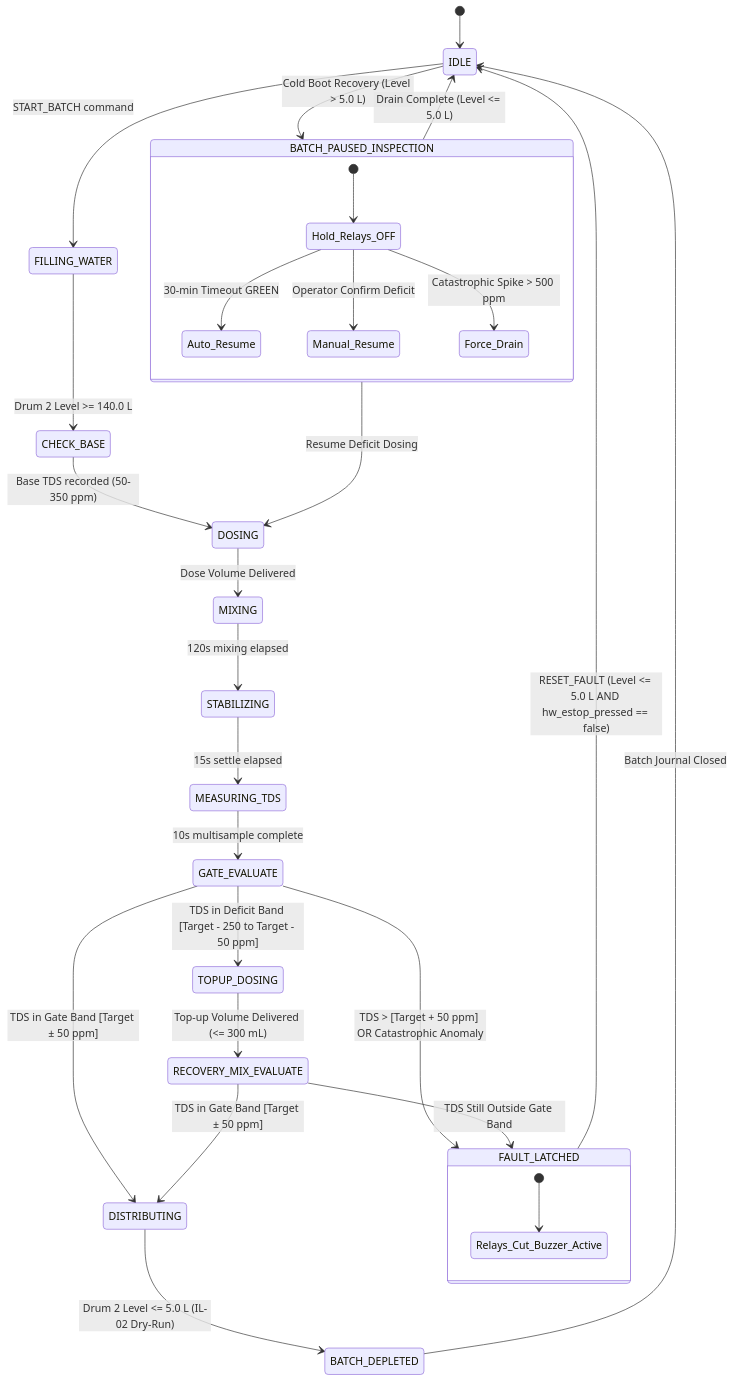
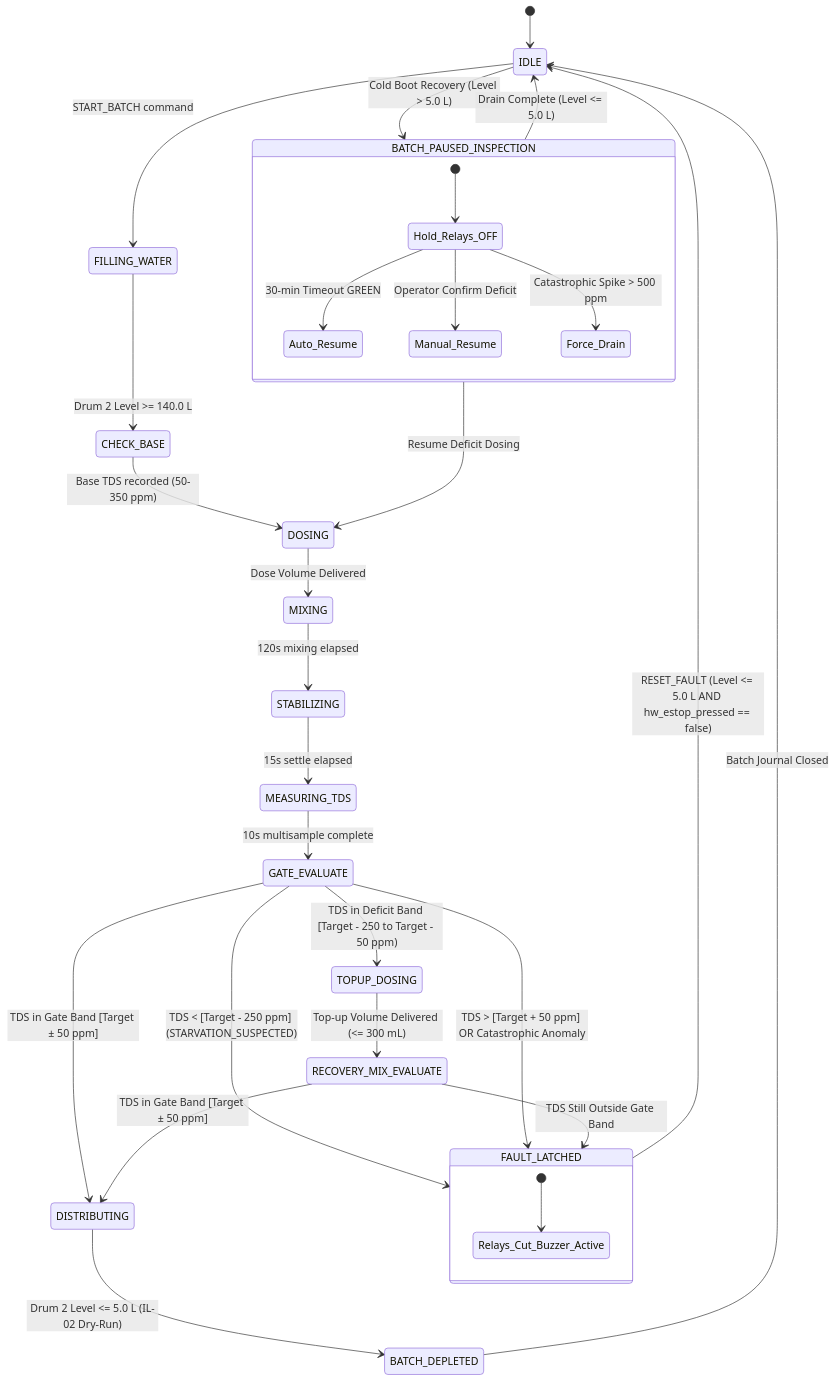
One commit to imFreed0m/desanomia changed the second of 3 diagrams in brain/05_ARCHITECTURE.md. Above: the diagram before and after it, drawn with Mermaid. The commit also changed other lines of this file and 18 other files, not shown here.

````diff
--- a/brain/05_ARCHITECTURE.md
+++ b/brain/05_ARCHITECTURE.md
@@ -182,38 +182,39 @@
 ```mermaid
 stateDiagram-v2
   [*] --> IDLE
   IDLE --> FILLING_WATER: START_BATCH command
   FILLING_WATER --> CHECK_BASE: Drum 2 Level >= 140.0 L
   CHECK_BASE --> DOSING: Base TDS recorded (50-350 ppm)
   DOSING --> MIXING: Dose Volume Delivered
   MIXING --> STABILIZING: 120s mixing elapsed
   STABILIZING --> MEASURING_TDS: 15s settle elapsed
   MEASURING_TDS --> GATE_EVALUATE: 10s multisample complete
 
   GATE_EVALUATE --> DISTRIBUTING: TDS in Gate Band [Target ± 50 ppm]
-  GATE_EVALUATE --> TOPUP_DOSING: TDS in Deficit Band [Target - 250 to Target - 50 ppm]
+  GATE_EVALUATE --> TOPUP_DOSING: TDS in Deficit Band [Target - 250 to Target - 50 ppm)
+  GATE_EVALUATE --> FAULT_LATCHED: TDS < [Target - 250 ppm] (STARVATION_SUSPECTED)
   GATE_EVALUATE --> FAULT_LATCHED: TDS > [Target + 50 ppm] OR Catastrophic Anomaly
 
   TOPUP_DOSING --> RECOVERY_MIX_EVALUATE: Top-up Volume Delivered (<= 300 mL)
   RECOVERY_MIX_EVALUATE --> DISTRIBUTING: TDS in Gate Band [Target ± 50 ppm]
   RECOVERY_MIX_EVALUATE --> FAULT_LATCHED: TDS Still Outside Gate Band
 
   DISTRIBUTING --> BATCH_DEPLETED: Drum 2 Level <= 5.0 L (IL-02 Dry-Run)
   BATCH_DEPLETED --> IDLE: Batch Journal Closed
 
   state BATCH_PAUSED_INSPECTION {
     [*] --> Hold_Relays_OFF
     Hold_Relays_OFF --> Auto_Resume: 30-min Timeout GREEN
     Hold_Relays_OFF --> Manual_Resume: Operator Confirm Deficit
     Hold_Relays_OFF --> Force_Drain: Catastrophic Spike > 500 ppm
   }
 
   IDLE --> BATCH_PAUSED_INSPECTION: Cold Boot Recovery (Level > 5.0 L)
   BATCH_PAUSED_INSPECTION --> DOSING: Resume Deficit Dosing
   BATCH_PAUSED_INSPECTION --> IDLE: Drain Complete (Level <= 5.0 L)
 
   state FAULT_LATCHED {
     [*] --> Relays_Cut_Buzzer_Active
   }
   FAULT_LATCHED --> IDLE: RESET_FAULT (Level <= 5.0 L AND hw_estop_pressed == false)
 ```
````
